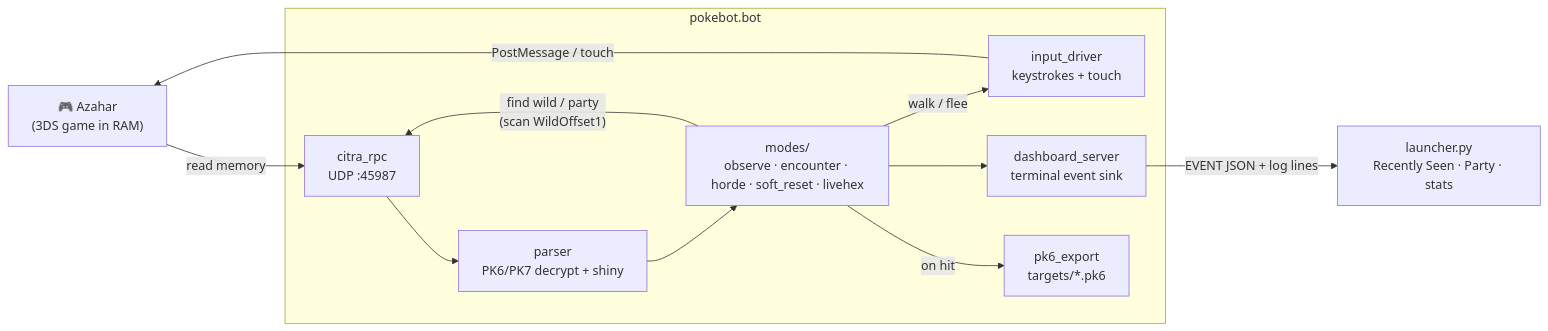
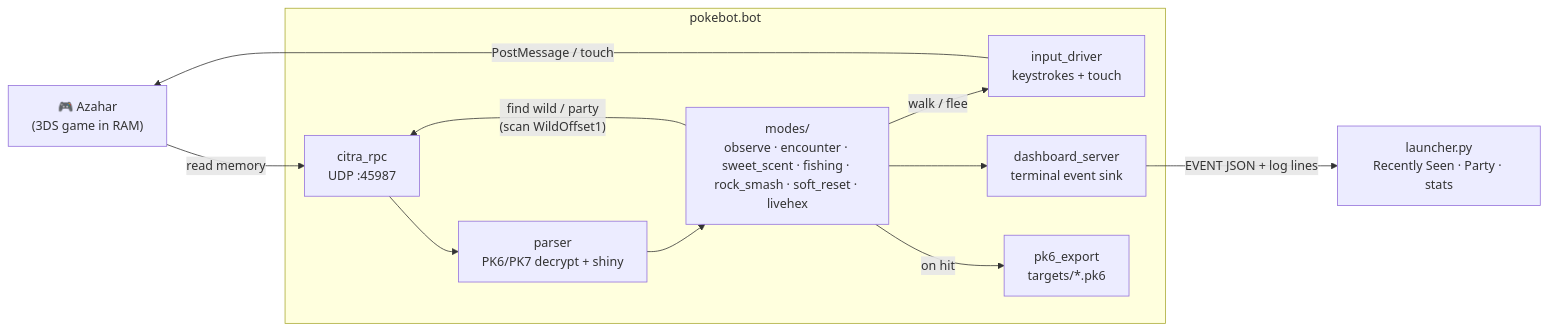
One commit to romanrdecaro-arch/pokebot-3ds changed the diagram in README.md. Above: the diagram before and after it, drawn with Mermaid. The commit also changed other lines of this file and 11 other files, not shown here.

First line of the commit message:
feat: rename horde to sweet_scent, new menu walk, shared flee and catch

````diff
--- a/README.md
+++ b/README.md
@@ -298,25 +302,25 @@
 ```mermaid
 flowchart LR
     AZ["🎮 Azahar<br/>(3DS game in RAM)"]
 
     subgraph BOT["pokebot.bot"]
         RPC["citra_rpc<br/>UDP :45987"]
         PAR["parser<br/>PK6/PK7 decrypt + shiny"]
-        MOD["modes/<br/>observe · encounter · horde · soft_reset · livehex"]
+        MOD["modes/<br/>observe · encounter · sweet_scent · fishing · rock_smash · soft_reset · livehex"]
         INP["input_driver<br/>keystrokes + touch"]
         DASH["dashboard_server<br/>terminal event sink"]
         EXP["pk6_export<br/>targets/*.pk6"]
     end
 
     LAUNCH["launcher.py<br/>Recently Seen · Party · stats"]
 
     AZ -- "read memory" --> RPC
     RPC --> PAR
     PAR --> MOD
     MOD -- "find wild / party<br/>(scan WildOffset1)" --> RPC
     MOD -- "walk / flee" --> INP
     INP -- "PostMessage / touch" --> AZ
     MOD --> DASH
     MOD -- "on hit" --> EXP
     DASH -- "EVENT JSON + log lines" --> LAUNCH
 ```
````
